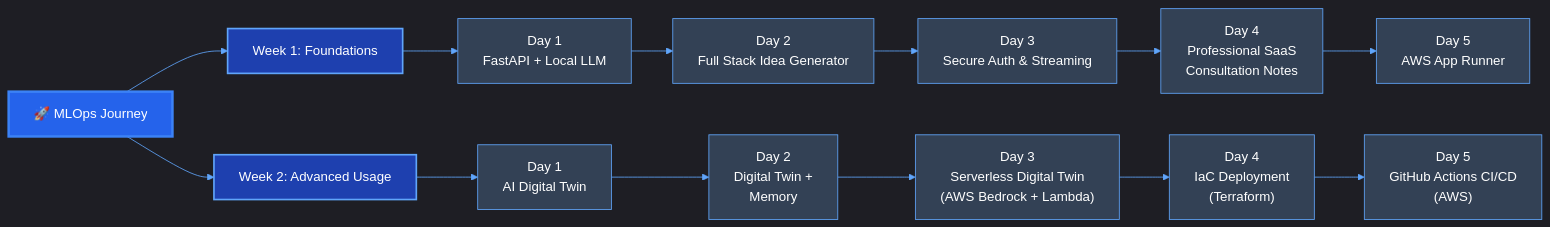
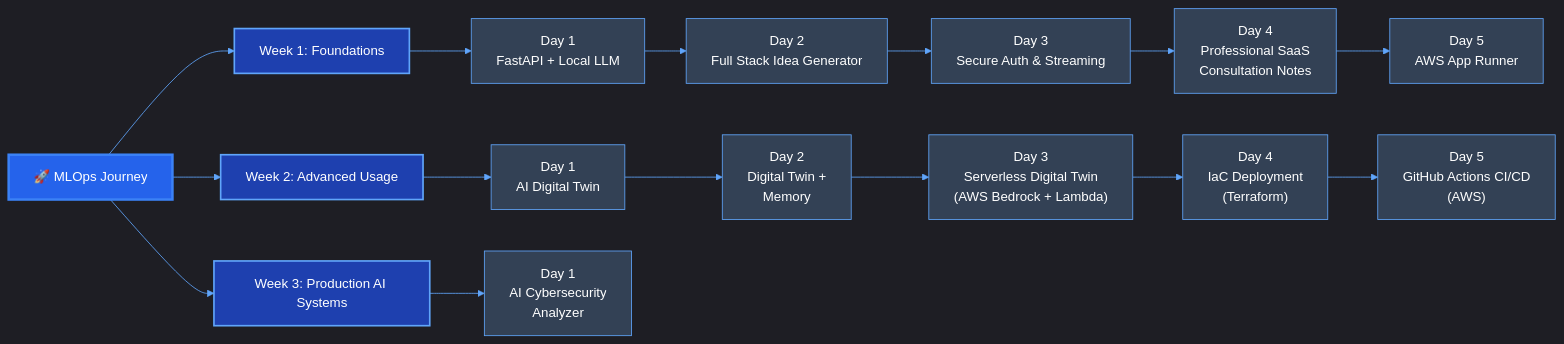
The first of 3 diagrams in README.md (baloglu321/mlops-journey), drawn with Mermaid before and after one commit.

Commit message:
Update Roadmap & Progress diagram with Week 3 Day 1

````diff
--- a/README.md
+++ b/README.md
@@ -23,30 +23,34 @@
 ```mermaid
 %%{init: {'theme': 'dark', 'themeVariables': { 'primaryColor': '#2563eb', 'primaryTextColor': '#fff', 'primaryBorderColor': '#3b82f6', 'lineColor': '#60a5fa', 'secondaryColor': '#1e40af', 'tertiaryColor': '#1e3a8a'}}}%%
 graph LR
     A[🚀 MLOps Journey] --> B[Week 1: Foundations]
     B --> C[Day 1<br/>FastAPI + Local LLM]
     C --> D[Day 2<br/>Full Stack Idea Generator]
     D --> E[Day 3<br/>Secure Auth & Streaming]
     E --> F[Day 4<br/>Professional SaaS<br/>Consultation Notes]
     F --> G[Day 5<br/>AWS App Runner]
     A --> H[Week 2: Advanced Usage]
     H --> I[Day 1<br/>AI Digital Twin]
     I --> J[Day 2<br/>Digital Twin +<br/>Memory]
     J --> K["Day 3<br/>Serverless Digital Twin<br/>(AWS Bedrock + Lambda)"]
     K --> L["Day 4<br/>IaC Deployment<br/>(Terraform)"]
     L --> M["Day 5<br/>GitHub Actions CI/CD<br/>(AWS)"]
+    A --> N[Week 3: Production AI Systems]
+    N --> O["Day 1<br/>AI Cybersecurity<br/>Analyzer"]
     
     style A fill:#2563eb,stroke:#3b82f6,stroke-width:3px,color:#fff
     style B fill:#1e40af,stroke:#60a5fa,stroke-width:2px,color:#fff
     style C fill:#334155,stroke:#60a5fa,color:#fff
     style D fill:#334155,stroke:#60a5fa,color:#fff
     style E fill:#334155,stroke:#60a5fa,color:#fff
     style F fill:#334155,stroke:#60a5fa,color:#fff
     style G fill:#334155,stroke:#60a5fa,color:#fff
     style H fill:#1e40af,stroke:#60a5fa,stroke-width:2px,color:#fff
     style I fill:#334155,stroke:#60a5fa,color:#fff
     style J fill:#334155,stroke:#60a5fa,color:#fff
     style K fill:#334155,stroke:#60a5fa,color:#fff
     style L fill:#334155,stroke:#60a5fa,color:#fff
     style M fill:#334155,stroke:#60a5fa,color:#fff
+    style N fill:#1e40af,stroke:#60a5fa,stroke-width:2px,color:#fff
+    style O fill:#334155,stroke:#60a5fa,color:#fff
 ```
````
